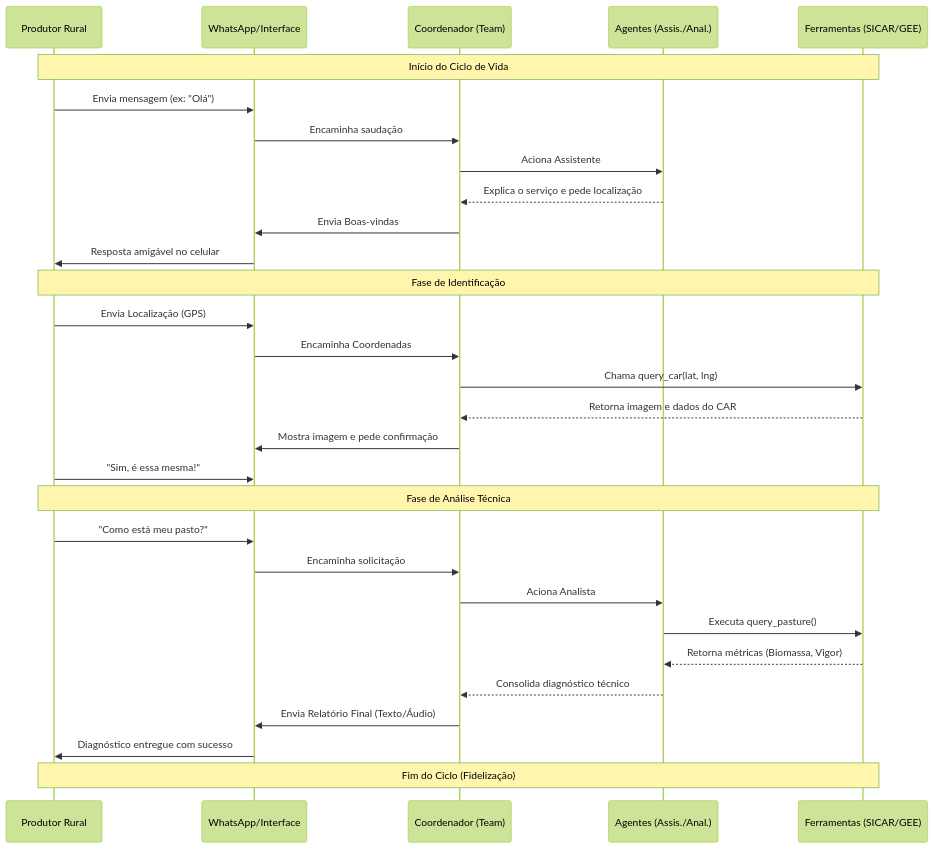
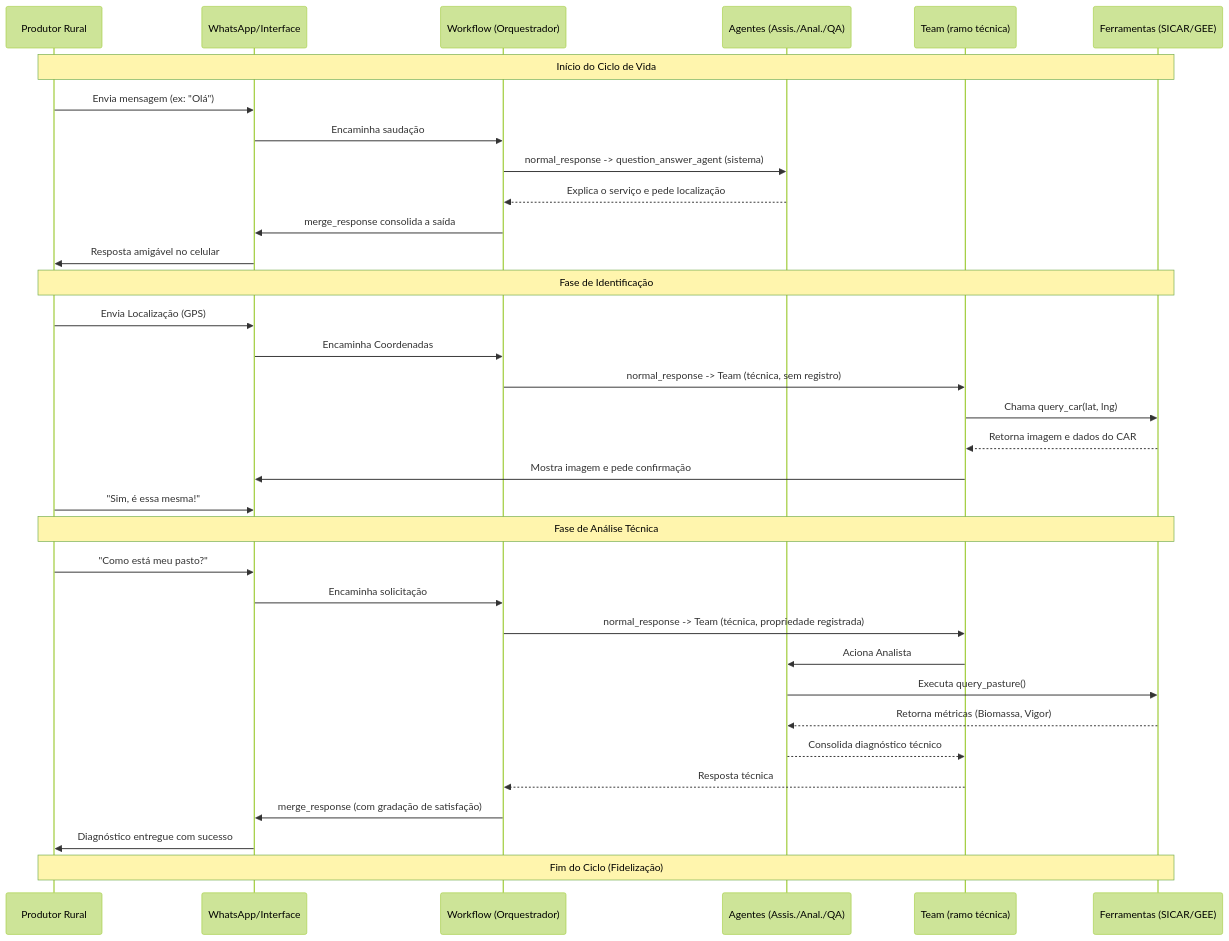
One commit to lapig-ufg/pasto-legal changed the fourth of 4 diagrams in docs/README.md. Above: the diagram before and after it, drawn with Mermaid (forest theme). The commit also changed other lines of this file and 8 other files, not shown here.

````diff
--- a/docs/README.md
+++ b/docs/README.md
@@ -139,36 +247,40 @@
 ```mermaid
 sequenceDiagram
     participant U as Produtor Rural
     participant W as WhatsApp/Interface
-    participant T as Coordenador (Team)
-    participant A as Agentes (Assis./Anal.)
+    participant WF as Workflow (Orquestrador)
+    participant A as Agentes (Assis./Anal./QA)
+    participant T as Team (ramo técnica)
     participant F as Ferramentas (SICAR/GEE)
 
     Note over U, F: Início do Ciclo de Vida
     U->>W: Envia mensagem (ex: "Olá")
-    W->>T: Encaminha saudação
-    T->>A: Aciona Assistente
-    A-->>T: Explica o serviço e pede localização
-    T->>W: Envia Boas-vindas
+    W->>WF: Encaminha saudação
+    WF->>A: normal_response -> question_answer_agent (sistema)
+    A-->>WF: Explica o serviço e pede localização
+    WF->>W: merge_response consolida a saída
     W->>U: Resposta amigável no celular
 
     Note over U, F: Fase de Identificação
     U->>W: Envia Localização (GPS)
-    W->>T: Encaminha Coordenadas
+    W->>WF: Encaminha Coordenadas
+    WF->>T: normal_response -> Team (técnica, sem registro)
     T->>F: Chama query_car(lat, lng)
     F-->>T: Retorna imagem e dados do CAR
     T->>W: Mostra imagem e pede confirmação
     U->>W: "Sim, é essa mesma!"
 
     Note over U, F: Fase de Análise Técnica
     U->>W: "Como está meu pasto?"
-    W->>T: Encaminha solicitação
+    W->>WF: Encaminha solicitação
+    WF->>T: normal_response -> Team (técnica, propriedade registrada)
     T->>A: Aciona Analista
     A->>F: Executa query_pasture()
     F-->>A: Retorna métricas (Biomassa, Vigor)
     A-->>T: Consolida diagnóstico técnico
-    T->>W: Envia Relatório Final (Texto/Áudio)
+    T-->>WF: Resposta técnica
+    WF->>W: merge_response (com gradação de satisfação)
     W->>U: Diagnóstico entregue com sucesso
 
     Note over U, F: Fim do Ciclo (Fidelização)
 ```
````
